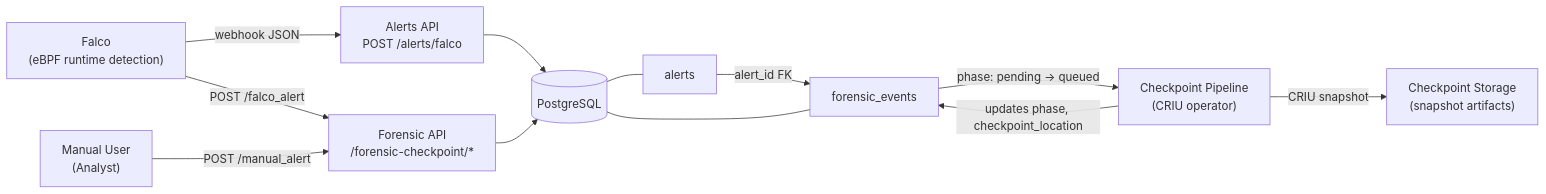
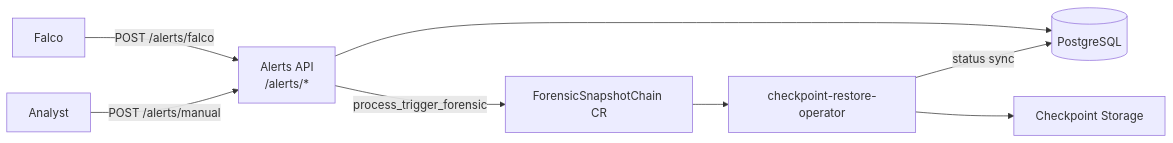
One commit to euphoricair7/Medusa changed the diagram in docs/architecture/overview.md. Above: the diagram before and after it, drawn with Mermaid. The commit also changed other lines of this file and 5 other files, not shown here.

Commit message:
docs: updated docs regarding manual checkpoint path and operator integration

````diff
--- a/docs/architecture/overview.md
+++ b/docs/architecture/overview.md
@@ -7,26 +7,18 @@
 ```mermaid
 flowchart LR
-    Falco["Falco<br/>(eBPF runtime detection)"]
-    AlertsAPI["Alerts API<br/>POST /alerts/falco"]
-    ForensicAPI["Forensic API<br/>/forensic-checkpoint/*"]
-    ManualUser["Manual User<br/>(Analyst)"]
+    Falco["Falco"]
+    Analyst["Analyst"]
+    AlertsAPI["Alerts API<br/>/alerts/*"]
     PostgreSQL[("PostgreSQL")]
-    AlertsTable["alerts"]
-    ForensicTable["forensic_events"]
-    CheckpointPipeline["Checkpoint Pipeline<br/>(CRIU operator)"]
-    CheckpointStorage["Checkpoint Storage<br/>(snapshot artifacts)"]
+    K8sCR["ForensicSnapshotChain CR"]
+    Operator["checkpoint-restore-operator"]
+    Storage["Checkpoint Storage"]
 
-    Falco -->|"webhook JSON"| AlertsAPI
+    Falco -->|"POST /alerts/falco"| AlertsAPI
+    Analyst -->|"POST /alerts/manual"| AlertsAPI
     AlertsAPI --> PostgreSQL
-    PostgreSQL --- AlertsTable
-
-    ManualUser -->|"POST /manual_alert"| ForensicAPI
-    Falco -->|"POST /falco_alert"| ForensicAPI
-    ForensicAPI --> PostgreSQL
-    PostgreSQL --- ForensicTable
-
-    AlertsTable -->|"alert_id FK"| ForensicTable
-    ForensicTable -->|"phase: pending → queued"| CheckpointPipeline
-    CheckpointPipeline -->|"CRIU snapshot"| CheckpointStorage
-    CheckpointPipeline -->|"updates phase, checkpoint_location"| ForensicTable
+    AlertsAPI -->|"process_trigger_forensic"| K8sCR
+    K8sCR --> Operator
+    Operator --> Storage
+    Operator -->|"status sync"| PostgreSQL
 ```
````
